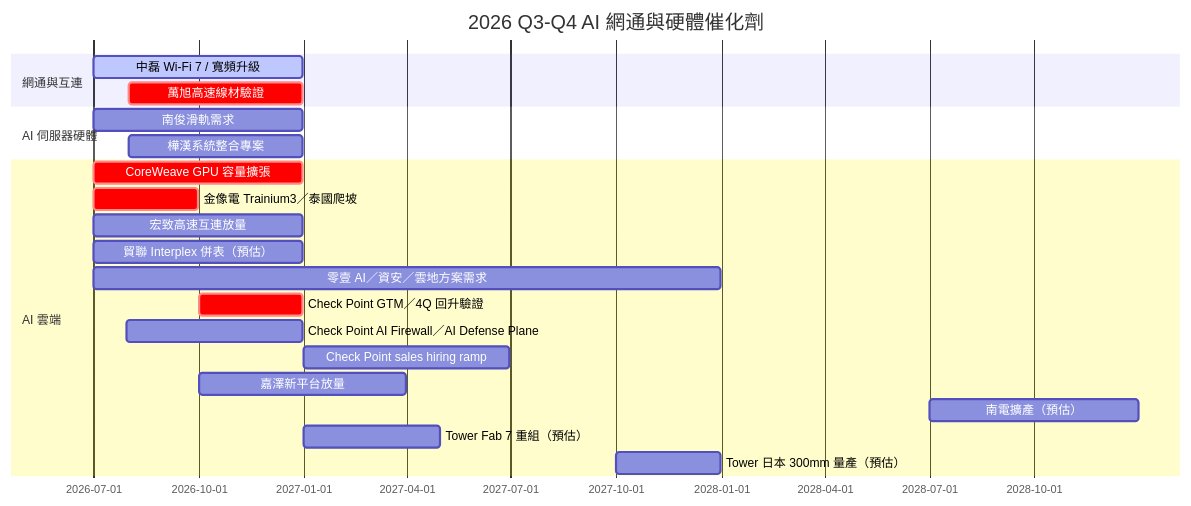
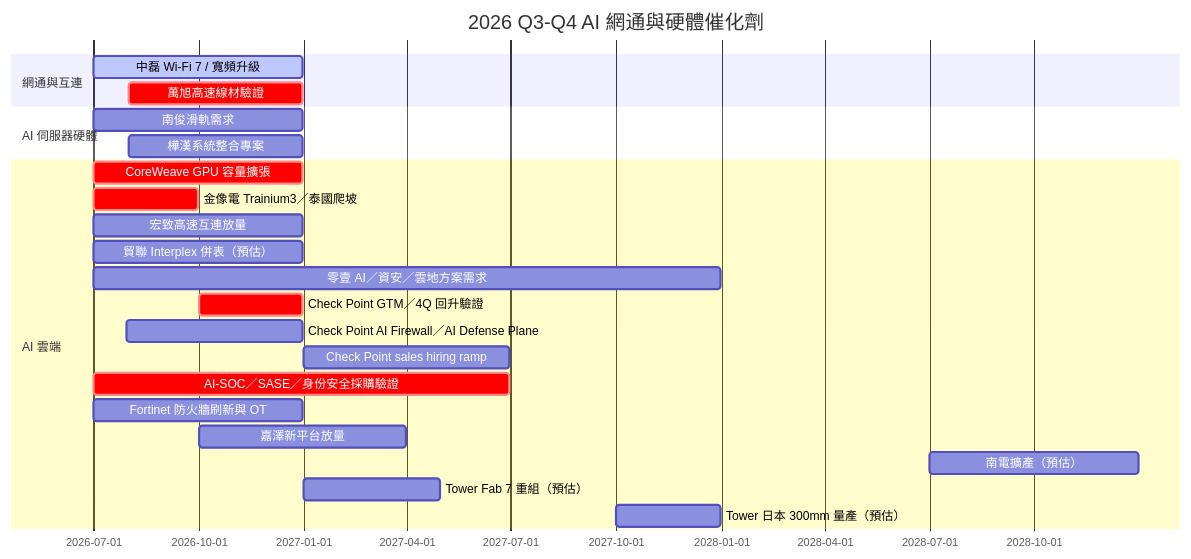
One commit to kevn950324/wiki_Stockv2 changed the diagram in content/lib/5.schedule/時程_2026Q3Q4_AI網通與硬體催化劑.md. Above: the diagram before and after it, drawn with Mermaid. The commit also changed other lines of this file and 23 other files, not shown here.

````diff
--- a/content/lib/5.schedule/時程_2026Q3Q4_AI網通與硬體催化劑.md
+++ b/content/lib/5.schedule/時程_2026Q3Q4_AI網通與硬體催化劑.md
@@ -44,24 +47,26 @@
 ```mermaid
 gantt
     title 2026 Q3-Q4 AI 網通與硬體催化劑
     dateFormat YYYY-MM-DD
     section 網通與互連
     中磊 Wi-Fi 7 / 寬頻升級 :active, 2026-07-01, 2026-12-31
     萬旭高速線材驗證 :crit, 2026-08-01, 2026-12-31
     section AI 伺服器硬體
     南俊滑軌需求 :2026-07-01, 2026-12-31
     樺漢系統整合專案 :2026-08-01, 2026-12-31
     section AI 雲端
     CoreWeave GPU 容量擴張 :crit, 2026-07-01, 2026-12-31
     金像電 Trainium3／泰國爬坡 :crit, 2026-07-01, 2026-09-30
     宏致高速互連放量 :2026-07-01, 2026-12-31
     貿聯 Interplex 併表（預估） :2026-07-01, 2026-12-31
     零壹 AI／資安／雲地方案需求 :2026-07-01, 2027-12-31
     Check Point GTM／4Q 回升驗證 :crit, 2026-10-01, 2026-12-31
     Check Point AI Firewall／AI Defense Plane :2026-07-30, 2026-12-31
     Check Point sales hiring ramp :2027-01-01, 2027-06-30
+    AI-SOC／SASE／身份安全採購驗證 :crit, 2026-07-01, 2027-06-30
+    Fortinet 防火牆刷新與 OT :2026-07-01, 2026-12-31
     嘉澤新平台放量 :2026-10-01, 2027-03-31
     南電擴產（預估） :2028-07-01, 2028-12-31
     Tower Fab 7 重組（預估） :2027-01-01, 2027-04-30
     Tower 日本 300mm 量產（預估） :2027-10-01, 2027-12-31
 ```
````
